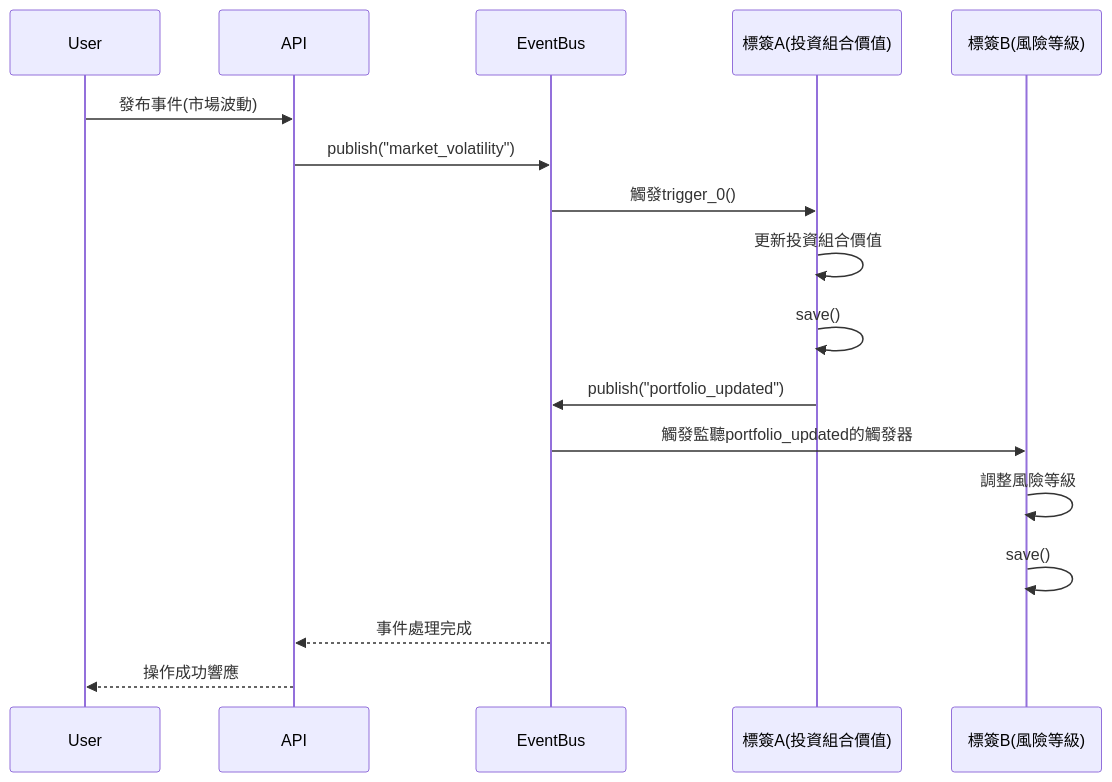
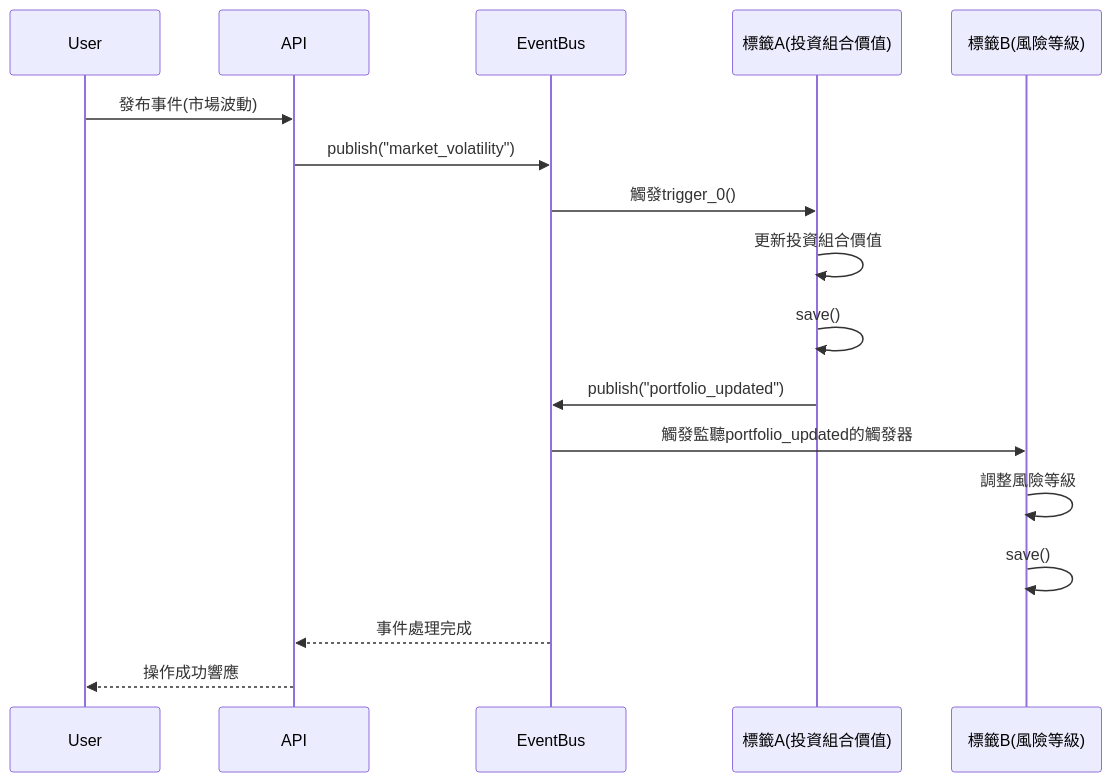
Diagram 24 of 48 in readme.md (lizzary/Quantitative-Strategy-Management-and-Monitoring-System-Platform), drawn with Mermaid before and after one commit. The commit also changed other lines of this file, not shown here.

````diff
--- a/readme.md
+++ b/readme.md
@@ -1656,23 +1688,23 @@
 ```mermaid
 sequenceDiagram
     participant User
     participant API
     participant EventBus
-    participant LabelA as 標簽A(投資組合價值)
-    participant LabelB as 標簽B(風險等級)
+    participant LabelA as 標籤A(投資組合價值)
+    participant LabelB as 標籤B(風險等級)
     
     User->>API: 發布事件(市場波動)
     API->>EventBus: publish("market_volatility")
     
     EventBus->>LabelA: 觸發trigger_0()
     LabelA->>LabelA: 更新投資組合價值
     LabelA->>LabelA: save()
     LabelA->>EventBus: publish("portfolio_updated")
     
     EventBus->>LabelB: 觸發監聽portfolio_updated的觸發器
     LabelB->>LabelB: 調整風險等級
     LabelB->>LabelB: save()
     
     EventBus-->>API: 事件處理完成
     API-->>User: 操作成功響應
 ```
````
